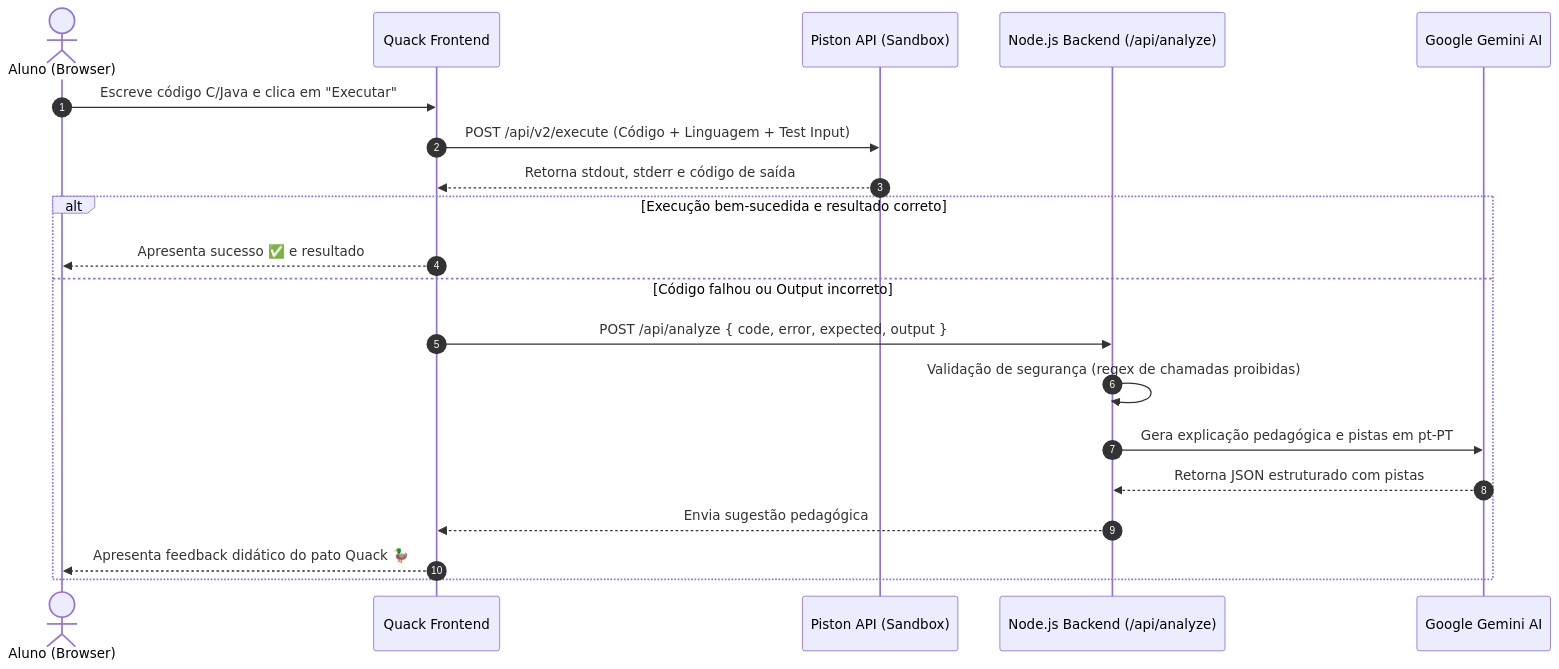
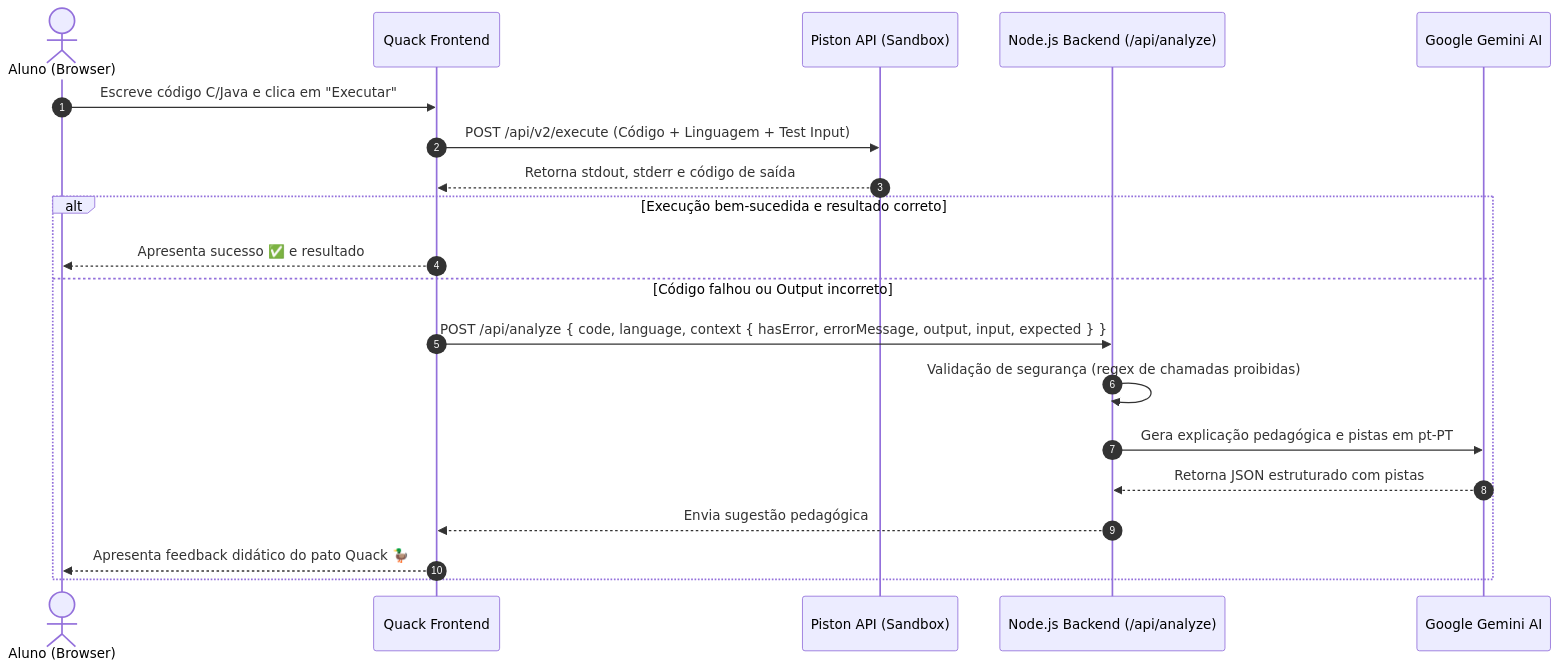
One commit to neei-aaualg/siteneei changed the third of 3 diagrams in README.md. Above: the diagram before and after it, drawn with Mermaid. The commit also changed other lines of this file and 2 other files, not shown here.

````diff
--- a/README.md
+++ b/README.md
@@ -186,24 +206,24 @@
 ```mermaid
 sequenceDiagram
     autonumber
     actor Aluno as Aluno (Browser)
     participant UI as Quack Frontend
     participant Piston as Piston API (Sandbox)
     participant Server as Node.js Backend (/api/analyze)
     participant Gemini as Google Gemini AI
 
     Aluno->>UI: Escreve código C/Java e clica em "Executar"
     UI->>Piston: POST /api/v2/execute (Código + Linguagem + Test Input)
     Piston-->>UI: Retorna stdout, stderr e código de saída
     
     alt Execução bem-sucedida e resultado correto
         UI-->>Aluno: Apresenta sucesso ✅ e resultado
     else Código falhou ou Output incorreto
-        UI->>Server: POST /api/analyze { code, error, expected, output }
+        UI->>Server: POST /api/analyze { code, language, context { hasError, errorMessage, output, input, expected } }
         Server->>Server: Validação de segurança (regex de chamadas proibidas)
         Server->>Gemini: Gera explicação pedagógica e pistas em pt-PT
         Gemini-->>Server: Retorna JSON estruturado com pistas
         Server-->>UI: Envia sugestão pedagógica
         UI-->>Aluno: Apresenta feedback didático do pato Quack 🦆
     end
 ```
````
